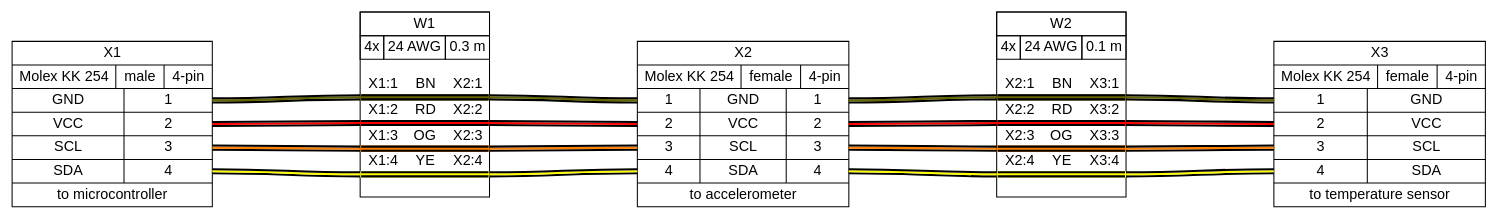
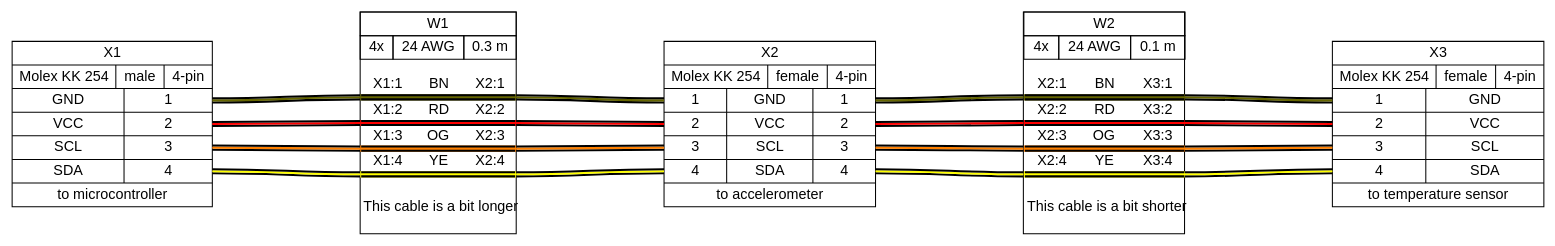
The diagram in tutorial/tutorial04.gv (wireviz/WireViz), drawn with Graphviz before and after one commit. The commit also changed 11 other files, not shown here.

```diff
--- a/tutorial/tutorial04.gv
+++ b/tutorial/tutorial04.gv
@@ -1,36 +1,36 @@
 graph {
 // Graph generated by WireViz
 // https://github.com/formatc1702/WireViz
 	graph [bgcolor=white fontname=arial nodesep=0.33 rankdir=LR ranksep=2]
 	node [fillcolor=white fontname=arial shape=record style=filled]
 	edge [fontname=arial style=bold]
 	X1 [label="X1|{Molex KK 254|male|4-pin}|{{GND|VCC|SCL|SDA}|{<p1r>1|<p2r>2|<p3r>3|<p4r>4}}|to microcontroller"]
 	X2 [label="X2|{Molex KK 254|female|4-pin}|{{<p1l>1|<p2l>2|<p3l>3|<p4l>4}|{GND|VCC|SCL|SDA}|{<p1r>1|<p2r>2|<p3r>3|<p4r>4}}|to accelerometer"]
 	X3 [label="X3|{Molex KK 254|female|4-pin}|{{<p1l>1|<p2l>2|<p3l>3|<p4l>4}|{GND|VCC|SCL|SDA}}|to temperature sensor"]
 	edge [color="#000000:#666600:#000000"]
 	X1:p1r:e -- W1:w1:w
 	W1:w1:e -- X2:p1l:w
 	edge [color="#000000:#ff0000:#000000"]
 	X1:p2r:e -- W1:w2:w
 	W1:w2:e -- X2:p2l:w
 	edge [color="#000000:#ff8000:#000000"]
 	X1:p3r:e -- W1:w3:w
 	W1:w3:e -- X2:p3l:w
 	edge [color="#000000:#ffff00:#000000"]
 	X1:p4r:e -- W1:w4:w
 	W1:w4:e -- X2:p4l:w
-	W1 [label=<<table border="0" cellspacing="0" cellpadding="0"><tr><td><table border="0" cellspacing="0" cellpadding="3" cellborder="1"><tr><td colspan="3">W1</td></tr><tr><td>4x</td><td>24 AWG</td><td>0.3 m</td></tr></table></td></tr><tr><td>&nbsp;</td></tr><tr><td><table border="0" cellspacing="0" cellborder="0"><tr><td>X1:1</td><td>BN</td><td>X2:1</td></tr><tr><td colspan="3" cellpadding="0" height="6" bgcolor="#666600" border="2" sides="tb" port="w1"></td></tr><tr><td>X1:2</td><td>RD</td><td>X2:2</td></tr><tr><td colspan="3" cellpadding="0" height="6" bgcolor="#ff0000" border="2" sides="tb" port="w2"></td></tr><tr><td>X1:3</td><td>OG</td><td>X2:3</td></tr><tr><td colspan="3" cellpadding="0" height="6" bgcolor="#ff8000" border="2" sides="tb" port="w3"></td></tr><tr><td>X1:4</td><td>YE</td><td>X2:4</td></tr><tr><td colspan="3" cellpadding="0" height="6" bgcolor="#ffff00" border="2" sides="tb" port="w4"></td></tr><tr><td>&nbsp;</td></tr></table></td></tr></table>> fillcolor=white margin=0 shape=box style=""]
+	W1 [label=<<table border="0" cellspacing="0" cellpadding="0"><tr><td><table border="0" cellspacing="0" cellpadding="3" cellborder="1"><tr><td colspan="3">W1</td></tr><tr><td>4x</td><td>24 AWG</td><td>0.3 m</td></tr></table></td></tr><tr><td>&nbsp;</td></tr><tr><td><table border="0" cellspacing="0" cellborder="0"><tr><td>X1:1</td><td>BN</td><td>X2:1</td></tr><tr><td colspan="3" cellpadding="0" height="6" bgcolor="#666600" border="2" sides="tb" port="w1"></td></tr><tr><td>X1:2</td><td>RD</td><td>X2:2</td></tr><tr><td colspan="3" cellpadding="0" height="6" bgcolor="#ff0000" border="2" sides="tb" port="w2"></td></tr><tr><td>X1:3</td><td>OG</td><td>X2:3</td></tr><tr><td colspan="3" cellpadding="0" height="6" bgcolor="#ff8000" border="2" sides="tb" port="w3"></td></tr><tr><td>X1:4</td><td>YE</td><td>X2:4</td></tr><tr><td colspan="3" cellpadding="0" height="6" bgcolor="#ffff00" border="2" sides="tb" port="w4"></td></tr><tr><td>&nbsp;</td></tr></table></td></tr><tr><td cellpadding="3">This cable is a bit longer</td></tr><tr><td>&nbsp;</td></tr></table>> fillcolor=white margin=0 shape=box style=""]
 	edge [color="#000000:#666600:#000000"]
 	X2:p1r:e -- W2:w1:w
 	W2:w1:e -- X3:p1l:w
 	edge [color="#000000:#ff0000:#000000"]
 	X2:p2r:e -- W2:w2:w
 	W2:w2:e -- X3:p2l:w
 	edge [color="#000000:#ff8000:#000000"]
 	X2:p3r:e -- W2:w3:w
 	W2:w3:e -- X3:p3l:w
 	edge [color="#000000:#ffff00:#000000"]
 	X2:p4r:e -- W2:w4:w
 	W2:w4:e -- X3:p4l:w
-	W2 [label=<<table border="0" cellspacing="0" cellpadding="0"><tr><td><table border="0" cellspacing="0" cellpadding="3" cellborder="1"><tr><td colspan="3">W2</td></tr><tr><td>4x</td><td>24 AWG</td><td>0.1 m</td></tr></table></td></tr><tr><td>&nbsp;</td></tr><tr><td><table border="0" cellspacing="0" cellborder="0"><tr><td>X2:1</td><td>BN</td><td>X3:1</td></tr><tr><td colspan="3" cellpadding="0" height="6" bgcolor="#666600" border="2" sides="tb" port="w1"></td></tr><tr><td>X2:2</td><td>RD</td><td>X3:2</td></tr><tr><td colspan="3" cellpadding="0" height="6" bgcolor="#ff0000" border="2" sides="tb" port="w2"></td></tr><tr><td>X2:3</td><td>OG</td><td>X3:3</td></tr><tr><td colspan="3" cellpadding="0" height="6" bgcolor="#ff8000" border="2" sides="tb" port="w3"></td></tr><tr><td>X2:4</td><td>YE</td><td>X3:4</td></tr><tr><td colspan="3" cellpadding="0" height="6" bgcolor="#ffff00" border="2" sides="tb" port="w4"></td></tr><tr><td>&nbsp;</td></tr></table></td></tr></table>> fillcolor=white margin=0 shape=box style=""]
+	W2 [label=<<table border="0" cellspacing="0" cellpadding="0"><tr><td><table border="0" cellspacing="0" cellpadding="3" cellborder="1"><tr><td colspan="3">W2</td></tr><tr><td>4x</td><td>24 AWG</td><td>0.1 m</td></tr></table></td></tr><tr><td>&nbsp;</td></tr><tr><td><table border="0" cellspacing="0" cellborder="0"><tr><td>X2:1</td><td>BN</td><td>X3:1</td></tr><tr><td colspan="3" cellpadding="0" height="6" bgcolor="#666600" border="2" sides="tb" port="w1"></td></tr><tr><td>X2:2</td><td>RD</td><td>X3:2</td></tr><tr><td colspan="3" cellpadding="0" height="6" bgcolor="#ff0000" border="2" sides="tb" port="w2"></td></tr><tr><td>X2:3</td><td>OG</td><td>X3:3</td></tr><tr><td colspan="3" cellpadding="0" height="6" bgcolor="#ff8000" border="2" sides="tb" port="w3"></td></tr><tr><td>X2:4</td><td>YE</td><td>X3:4</td></tr><tr><td colspan="3" cellpadding="0" height="6" bgcolor="#ffff00" border="2" sides="tb" port="w4"></td></tr><tr><td>&nbsp;</td></tr></table></td></tr><tr><td cellpadding="3">This cable is a bit shorter</td></tr><tr><td>&nbsp;</td></tr></table>> fillcolor=white margin=0 shape=box style=""]
 }
```
